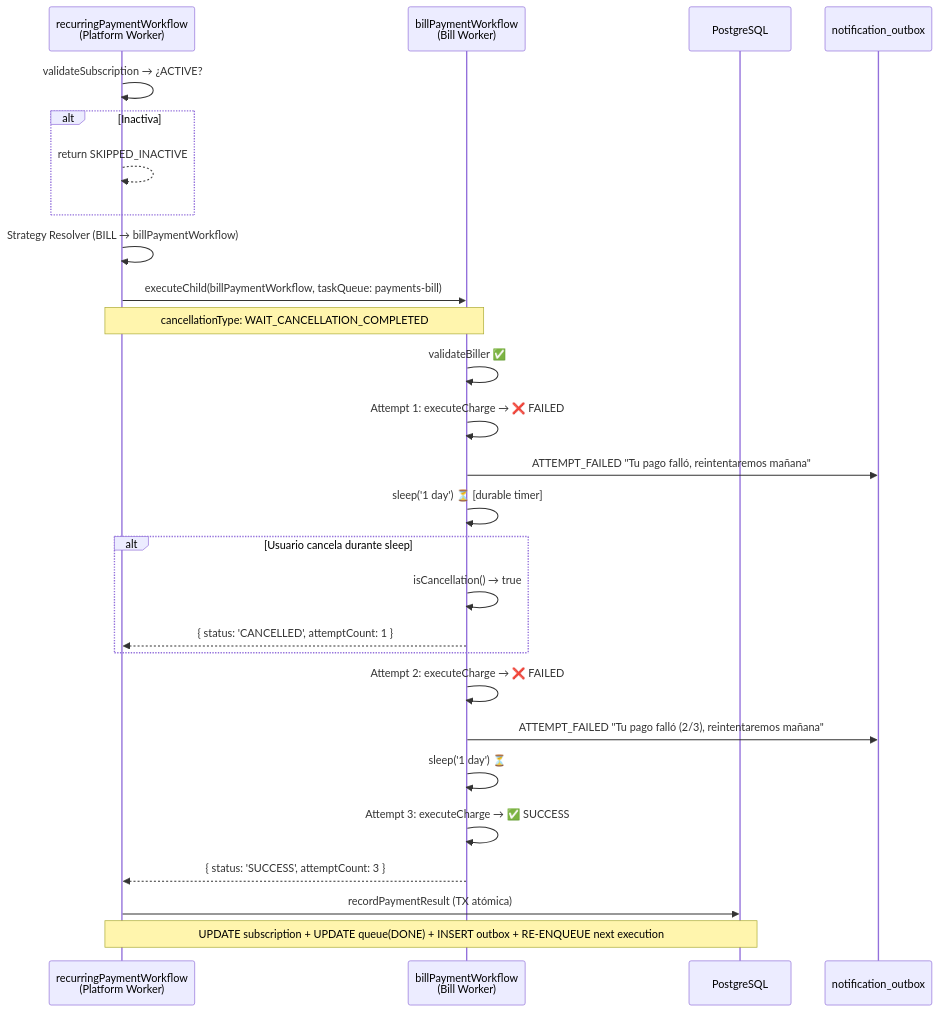
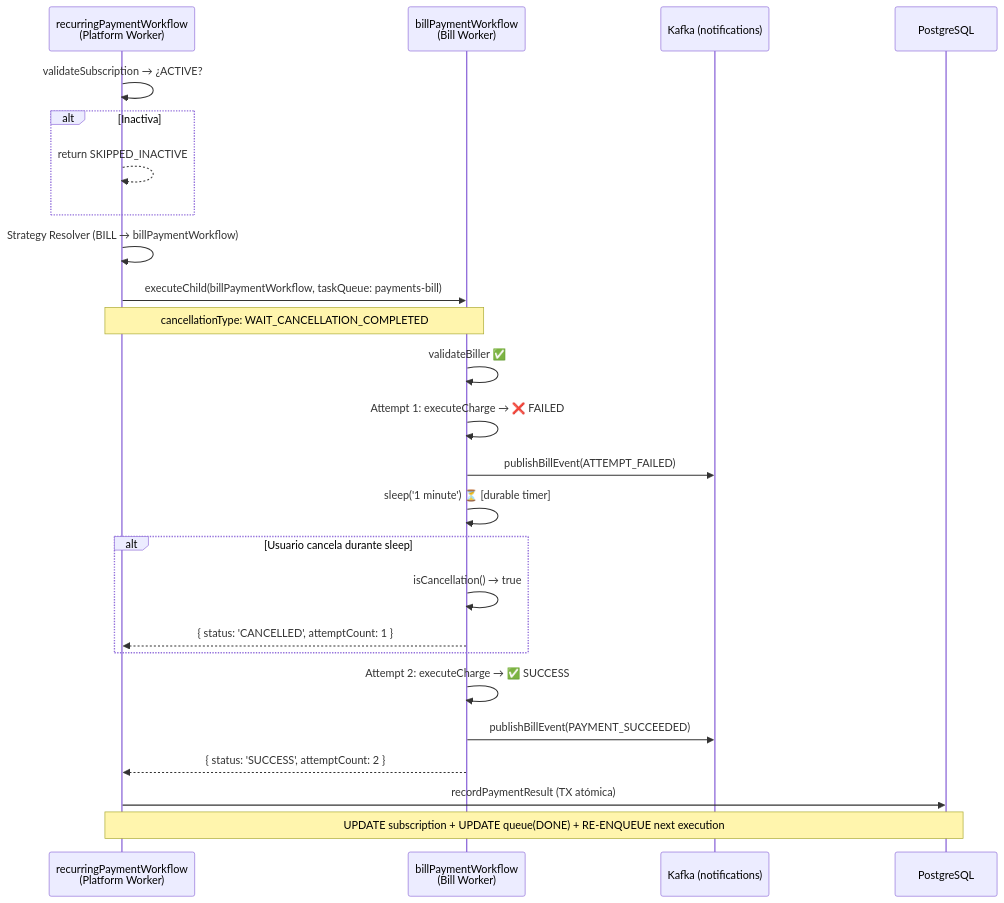
Before and after one commit to anelivaldes-tw/automations: the fourth of 7 diagrams in pocs/poc-recurring-payments/README.md, drawn with Mermaid. The commit also changed other lines of this file, not shown here.

First line of the commit message:
docs(poc): rewrite README for domain-owned notifications architecture

````diff
--- a/pocs/poc-recurring-payments/README.md
+++ b/pocs/poc-recurring-payments/README.md
@@ -149,36 +196,33 @@
 ```mermaid
 sequenceDiagram
     participant P as recurringPaymentWorkflow<br/>(Platform Worker)
     participant C as billPaymentWorkflow<br/>(Bill Worker)
+    participant K as Kafka (notifications)
     participant DB as PostgreSQL
-    participant OB as notification_outbox
 
     P->>P: validateSubscription → ¿ACTIVE?
     alt Inactiva
         P-->>P: return SKIPPED_INACTIVE
     end
 
     P->>P: Strategy Resolver (BILL → billPaymentWorkflow)
     P->>C: executeChild(billPaymentWorkflow, taskQueue: payments-bill)
     Note over P,C: cancellationType: WAIT_CANCELLATION_COMPLETED
 
     C->>C: validateBiller ✅
     C->>C: Attempt 1: executeCharge → ❌ FAILED
-    C->>OB: ATTEMPT_FAILED "Tu pago falló, reintentaremos mañana"
-    C->>C: sleep('1 day') ⏳ [durable timer]
+    C->>K: publishBillEvent(ATTEMPT_FAILED)
+    C->>C: sleep('1 minute') ⏳ [durable timer]
 
     alt Usuario cancela durante sleep
         C->>C: isCancellation() → true
         C-->>P: { status: 'CANCELLED', attemptCount: 1 }
     end
 
-    C->>C: Attempt 2: executeCharge → ❌ FAILED
-    C->>OB: ATTEMPT_FAILED "Tu pago falló (2/3), reintentaremos mañana"
-    C->>C: sleep('1 day') ⏳
-
-    C->>C: Attempt 3: executeCharge → ✅ SUCCESS
-    C-->>P: { status: 'SUCCESS', attemptCount: 3 }
+    C->>C: Attempt 2: executeCharge → ✅ SUCCESS
+    C->>K: publishBillEvent(PAYMENT_SUCCEEDED)
+    C-->>P: { status: 'SUCCESS', attemptCount: 2 }
 
     P->>DB: recordPaymentResult (TX atómica)
-    Note over P,DB: UPDATE subscription + UPDATE queue(DONE) + INSERT outbox + RE-ENQUEUE next execution
+    Note over P,DB: UPDATE subscription + UPDATE queue(DONE) + RE-ENQUEUE next execution
 ```
````
